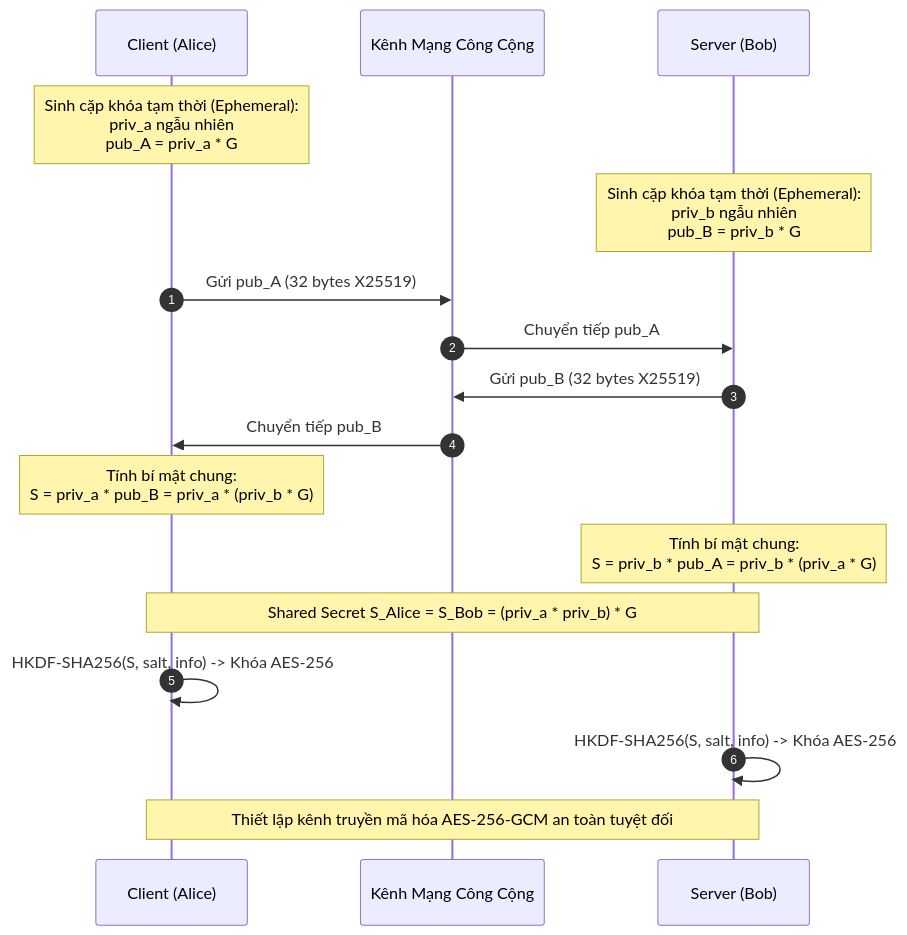
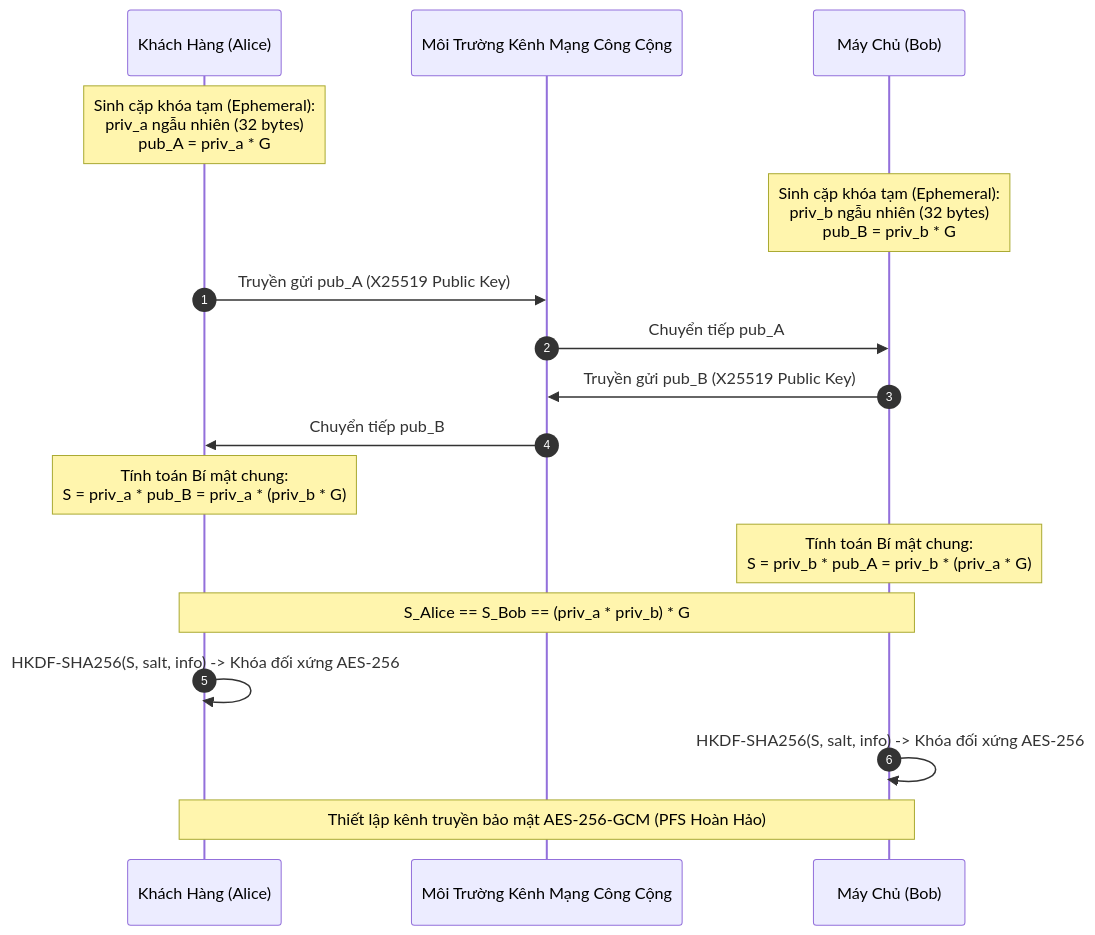
One commit to bangmanhbac-max/VNU-IS_ECC changed the second of 6 diagrams in README.md. Above: the diagram before and after it, drawn with Mermaid. The commit also changed other lines of this file, not shown here.

Commit message:
docs: elevate README to publication-grade with full mathematical foundations, comprehensive diagrams, and deployment guide

````diff
--- a/README.md
+++ b/README.md
@@ -129,25 +211,25 @@
 ```mermaid
 sequenceDiagram
     autonumber
-    participant Alice as Client (Alice)
-    participant Channel as Kênh Mạng Công Cộng
-    participant Bob as Server (Bob)
+    participant Alice as Khách Hàng (Alice)
+    participant Channel as Môi Trường Kênh Mạng Công Cộng
+    participant Bob as Máy Chủ (Bob)
 
-    Note over Alice: Sinh cặp khóa tạm thời (Ephemeral):<br/>priv_a ngẫu nhiên<br/>pub_A = priv_a * G
-    Note over Bob: Sinh cặp khóa tạm thời (Ephemeral):<br/>priv_b ngẫu nhiên<br/>pub_B = priv_b * G
+    Note over Alice: Sinh cặp khóa tạm (Ephemeral):<br/>priv_a ngẫu nhiên (32 bytes)<br/>pub_A = priv_a * G
+    Note over Bob: Sinh cặp khóa tạm (Ephemeral):<br/>priv_b ngẫu nhiên (32 bytes)<br/>pub_B = priv_b * G
 
-    Alice->>Channel: Gửi pub_A (32 bytes X25519)
+    Alice->>Channel: Truyền gửi pub_A (X25519 Public Key)
     Channel->>Bob: Chuyển tiếp pub_A
-    Bob->>Channel: Gửi pub_B (32 bytes X25519)
+    Bob->>Channel: Truyền gửi pub_B (X25519 Public Key)
     Channel->>Alice: Chuyển tiếp pub_B
 
-    Note over Alice: Tính bí mật chung:<br/>S = priv_a * pub_B = priv_a * (priv_b * G)
-    Note over Bob: Tính bí mật chung:<br/>S = priv_b * pub_A = priv_b * (priv_a * G)
+    Note over Alice: Tính toán Bí mật chung:<br/>S = priv_a * pub_B = priv_a * (priv_b * G)
+    Note over Bob: Tính toán Bí mật chung:<br/>S = priv_b * pub_A = priv_b * (priv_a * G)
 
-    Note over Alice, Bob: Shared Secret S_Alice = S_Bob = (priv_a * priv_b) * G
+    Note over Alice, Bob: S_Alice == S_Bob == (priv_a * priv_b) * G
 
-    Alice->>Alice: HKDF-SHA256(S, salt, info) -> Khóa AES-256
-    Bob->>Bob: HKDF-SHA256(S, salt, info) -> Khóa AES-256
+    Alice->>Alice: HKDF-SHA256(S, salt, info) -> Khóa đối xứng AES-256
+    Bob->>Bob: HKDF-SHA256(S, salt, info) -> Khóa đối xứng AES-256
 
-    Note over Alice, Bob: Thiết lập kênh truyền mã hóa AES-256-GCM an toàn tuyệt đối
+    Note over Alice, Bob: Thiết lập kênh truyền bảo mật AES-256-GCM (PFS Hoàn Hảo)
 ```
````
